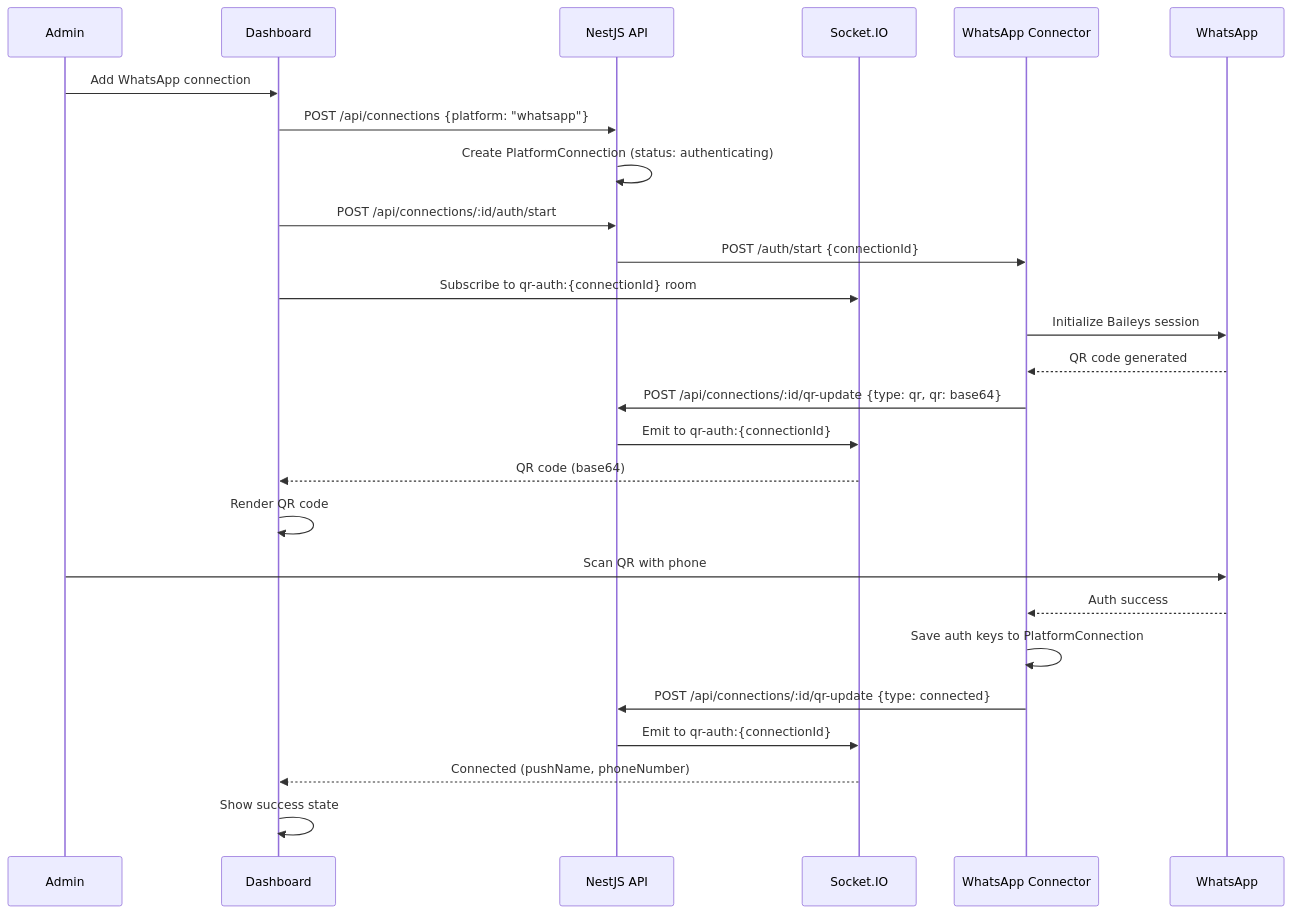
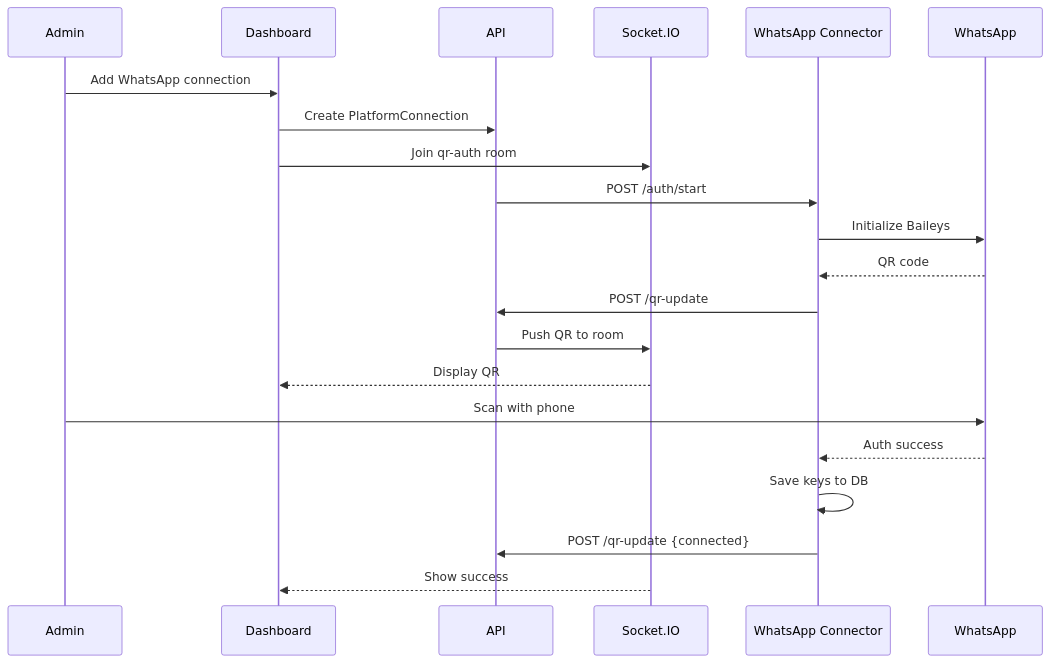
One commit to kolezka/flowbot changed the fifth of 9 diagrams in README.md. Above: the diagram before and after it, drawn with Mermaid. The commit also changed other lines of this file, not shown here.

Commit message:
docs: rewrite README.md 2.0 with mermaid diagrams throughout

````diff
--- a/README.md
+++ b/README.md
@@ -212,31 +204,26 @@
 ```mermaid
 sequenceDiagram
     participant U as Admin
     participant FE as Dashboard
-    participant API as NestJS API
+    participant API as API
     participant WS as Socket.IO
-    participant CON as WhatsApp Connector
+    participant C as WhatsApp Connector
     participant WA as WhatsApp
 
     U->>FE: Add WhatsApp connection
-    FE->>API: POST /api/connections {platform: "whatsapp"}
-    API->>API: Create PlatformConnection (status: authenticating)
-    FE->>API: POST /api/connections/:id/auth/start
-    API->>CON: POST /auth/start {connectionId}
-    FE->>WS: Subscribe to qr-auth:{connectionId} room
+    FE->>API: Create PlatformConnection
+    FE->>WS: Join qr-auth room
+    API->>C: POST /auth/start
 
-    CON->>WA: Initialize Baileys session
-    WA-->>CON: QR code generated
-    CON->>API: POST /api/connections/:id/qr-update {type: qr, qr: base64}
-    API->>WS: Emit to qr-auth:{connectionId}
-    WS-->>FE: QR code (base64)
-    FE->>FE: Render QR code
+    C->>WA: Initialize Baileys
+    WA-->>C: QR code
+    C->>API: POST /qr-update
+    API->>WS: Push QR to room
+    WS-->>FE: Display QR
 
-    U->>WA: Scan QR with phone
-    WA-->>CON: Auth success
-    CON->>CON: Save auth keys to PlatformConnection
-    CON->>API: POST /api/connections/:id/qr-update {type: connected}
-    API->>WS: Emit to qr-auth:{connectionId}
-    WS-->>FE: Connected (pushName, phoneNumber)
-    FE->>FE: Show success state
+    U->>WA: Scan with phone
+    WA-->>C: Auth success
+    C->>C: Save keys to DB
+    C->>API: POST /qr-update {connected}
+    WS-->>FE: Show success
 ```
````
